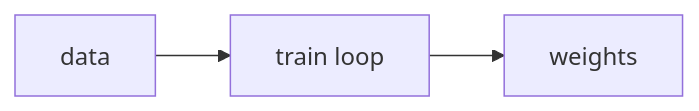
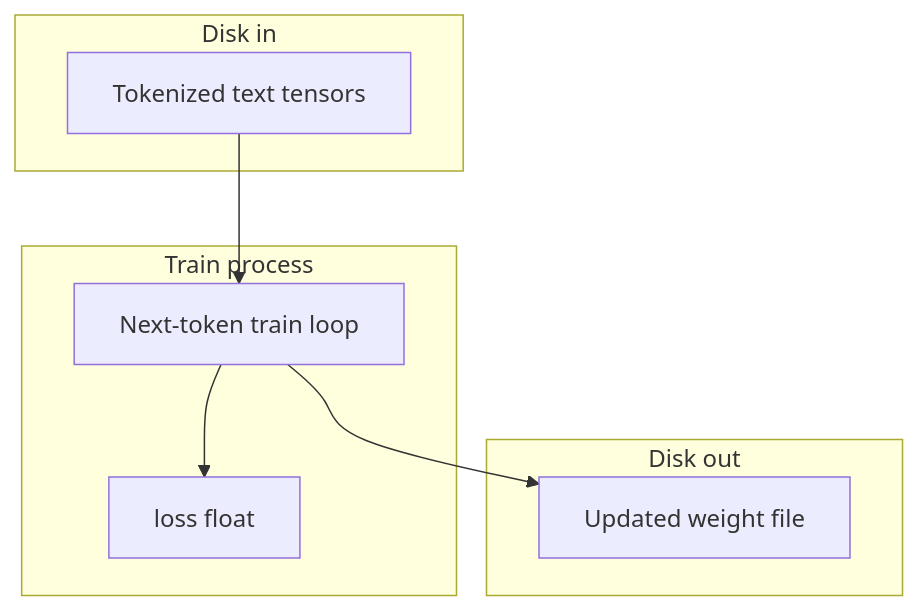
Before and after one commit to jacobbweber/AgenticAI-Labs: the diagram in education/optional_training/00_pretrain_tiny.md, drawn with Mermaid. The commit also changed other lines of this file, not shown here.

````diff
--- a/education/optional_training/00_pretrain_tiny.md
+++ b/education/optional_training/00_pretrain_tiny.md
@@ -23,5 +43,16 @@
 ```mermaid
-flowchart LR
-    D["data"] --> T["train loop"]
-    T --> W["weights"]
+flowchart TD
+    subgraph ot00_disk [Disk in]
+        CORP["Tokenized text tensors"]
+    end
+    subgraph ot00_loop [Train process]
+        LOOP["Next-token train loop"]
+        LOSS["loss float"]
+    end
+    subgraph ot00_out [Disk out]
+        W["Updated weight file"]
+    end
+    CORP --> LOOP
+    LOOP --> LOSS
+    LOOP --> W
 ```
````
